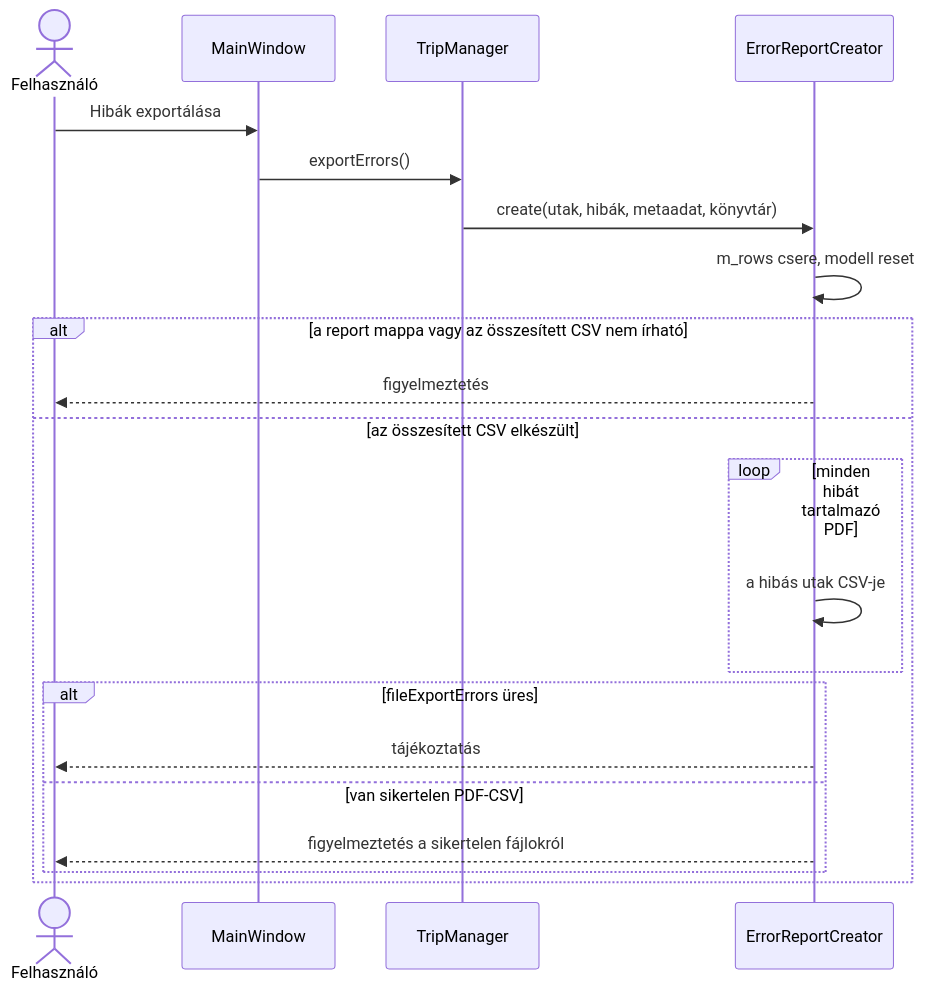
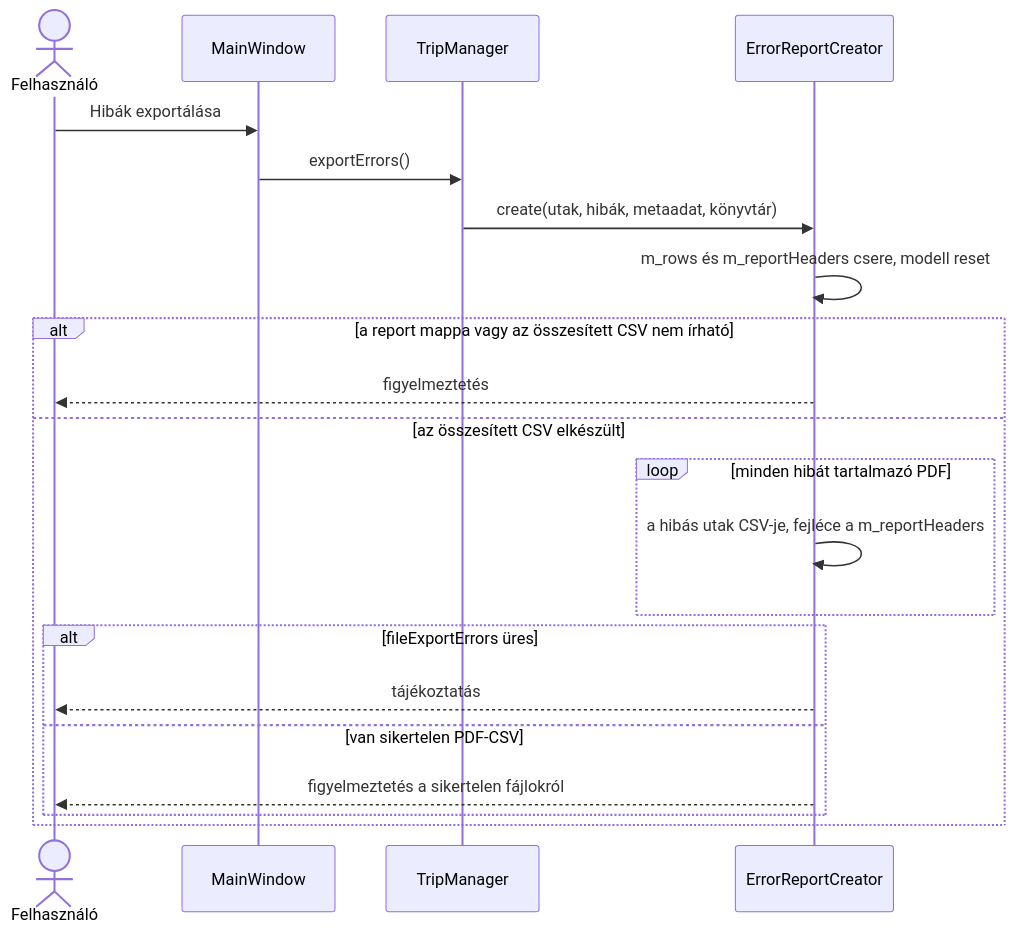
Before and after one commit to vajdaakos/KikuldetesiRendelvenyEllenorzo: the sixth of 8 diagrams in DEVELOP.md, drawn with Mermaid. The commit also changed other lines of this file and 13 other files, not shown here.

````diff
--- a/DEVELOP.md
+++ b/DEVELOP.md
@@ -238,24 +248,24 @@
 ```mermaid
 sequenceDiagram
     actor Felhasználó
     participant Ablak as MainWindow
     participant Manager as TripManager
     participant Riport as ErrorReportCreator
 
     Felhasználó->>Ablak: Hibák exportálása
     Ablak->>Manager: exportErrors()
     Manager->>Riport: create(utak, hibák, metaadat, könyvtár)
-    Riport->>Riport: m_rows csere, modell reset
+    Riport->>Riport: m_rows és m_reportHeaders csere, modell reset
     alt a report mappa vagy az összesített CSV nem írható
         Riport-->>Felhasználó: figyelmeztetés
     else az összesített CSV elkészült
         loop minden hibát tartalmazó PDF
-            Riport->>Riport: a hibás utak CSV-je
+            Riport->>Riport: a hibás utak CSV-je, fejléce a m_reportHeaders
         end
         alt fileExportErrors üres
             Riport-->>Felhasználó: tájékoztatás
         else van sikertelen PDF-CSV
             Riport-->>Felhasználó: figyelmeztetés a sikertelen fájlokról
         end
     end
 ```
````
